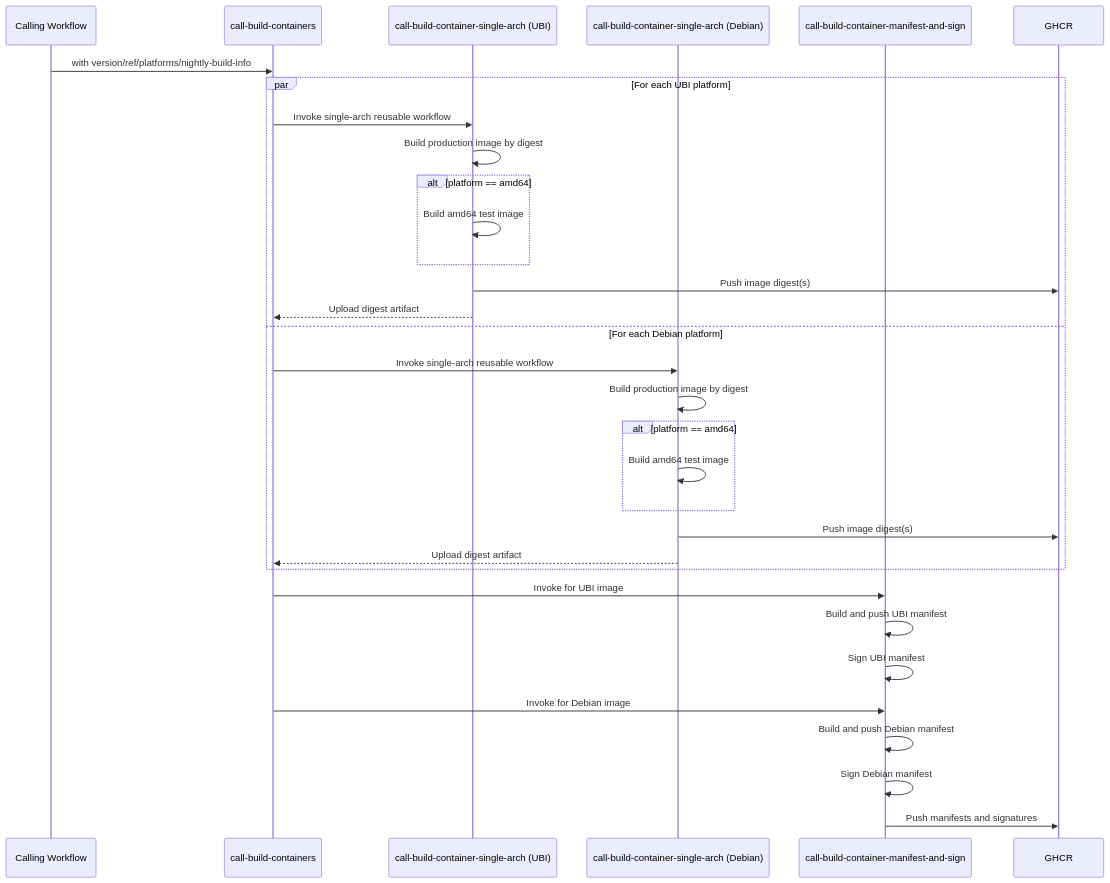
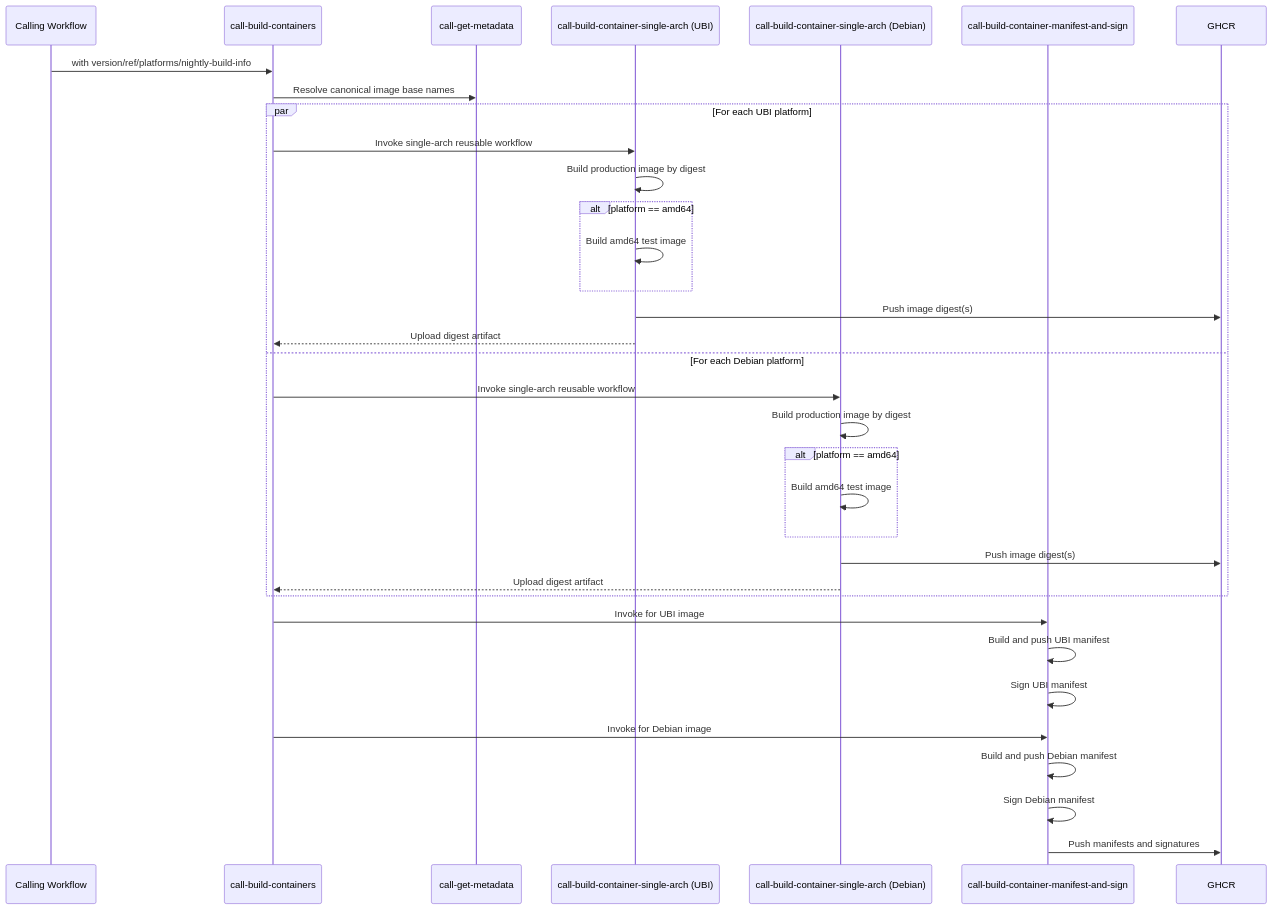
Before and after one commit to FluentDo/agent: the second of 4 diagrams in .github/workflows/README.md, drawn with Mermaid. The commit also changed other lines of this file and 5 other files, not shown here.

````diff
--- a/.github/workflows/README.md
+++ b/.github/workflows/README.md
@@ -879,37 +883,39 @@
 ```mermaid
 sequenceDiagram
   participant Caller as Calling Workflow
   participant Multi as call-build-containers
+  participant Meta as call-get-metadata
   participant SingleUBI as call-build-container-single-arch (UBI)
   participant SingleDeb as call-build-container-single-arch (Debian)
   participant PerImage as call-build-container-manifest-and-sign
     participant Registry as GHCR
 
   Caller->>Multi: with version/ref/platforms/nightly-build-info
+  Multi->>Meta: Resolve canonical image base names
 
   par For each UBI platform
     Multi->>SingleUBI: Invoke single-arch reusable workflow
     SingleUBI->>SingleUBI: Build production image by digest
     alt platform == amd64
       SingleUBI->>SingleUBI: Build amd64 test image
     end
     SingleUBI->>Registry: Push image digest(s)
     SingleUBI-->>Multi: Upload digest artifact
   and For each Debian platform
     Multi->>SingleDeb: Invoke single-arch reusable workflow
     SingleDeb->>SingleDeb: Build production image by digest
     alt platform == amd64
       SingleDeb->>SingleDeb: Build amd64 test image
     end
     SingleDeb->>Registry: Push image digest(s)
     SingleDeb-->>Multi: Upload digest artifact
   end
 
     Multi->>PerImage: Invoke for UBI image
     PerImage->>PerImage: Build and push UBI manifest
     PerImage->>PerImage: Sign UBI manifest
     Multi->>PerImage: Invoke for Debian image
     PerImage->>PerImage: Build and push Debian manifest
     PerImage->>PerImage: Sign Debian manifest
     PerImage->>Registry: Push manifests and signatures
 ```
````
